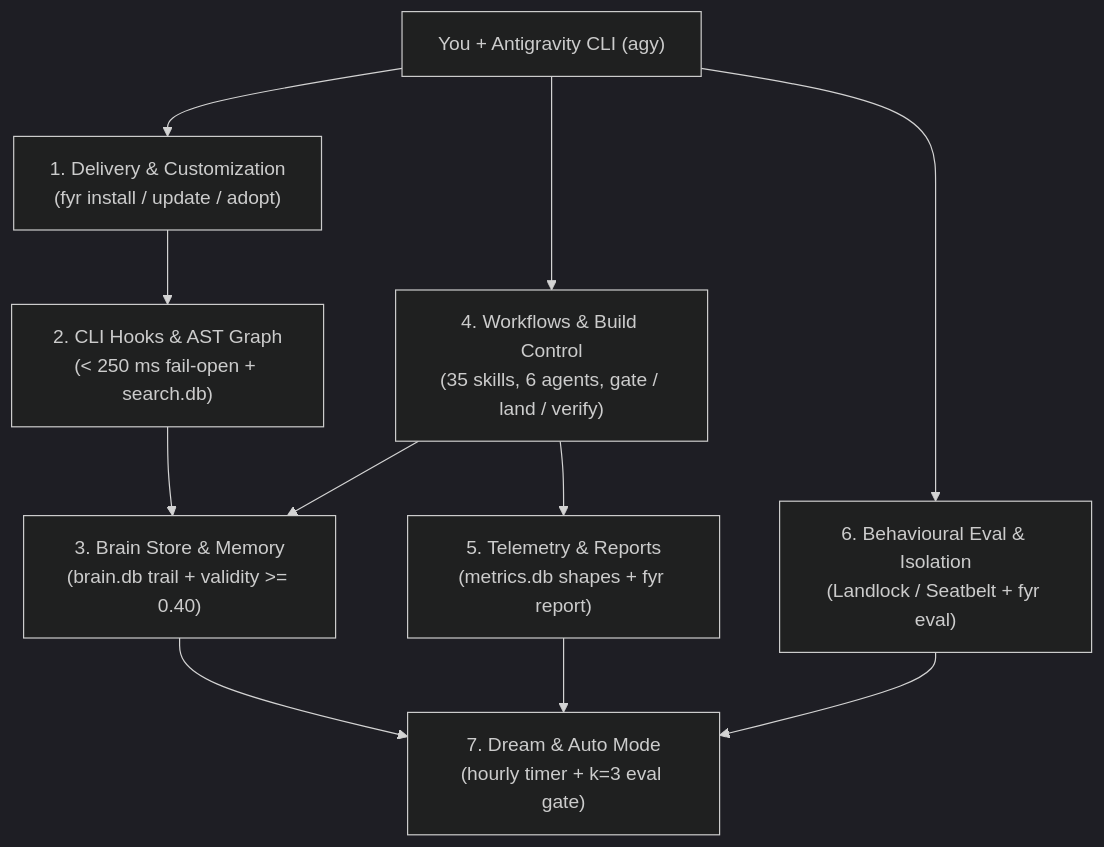
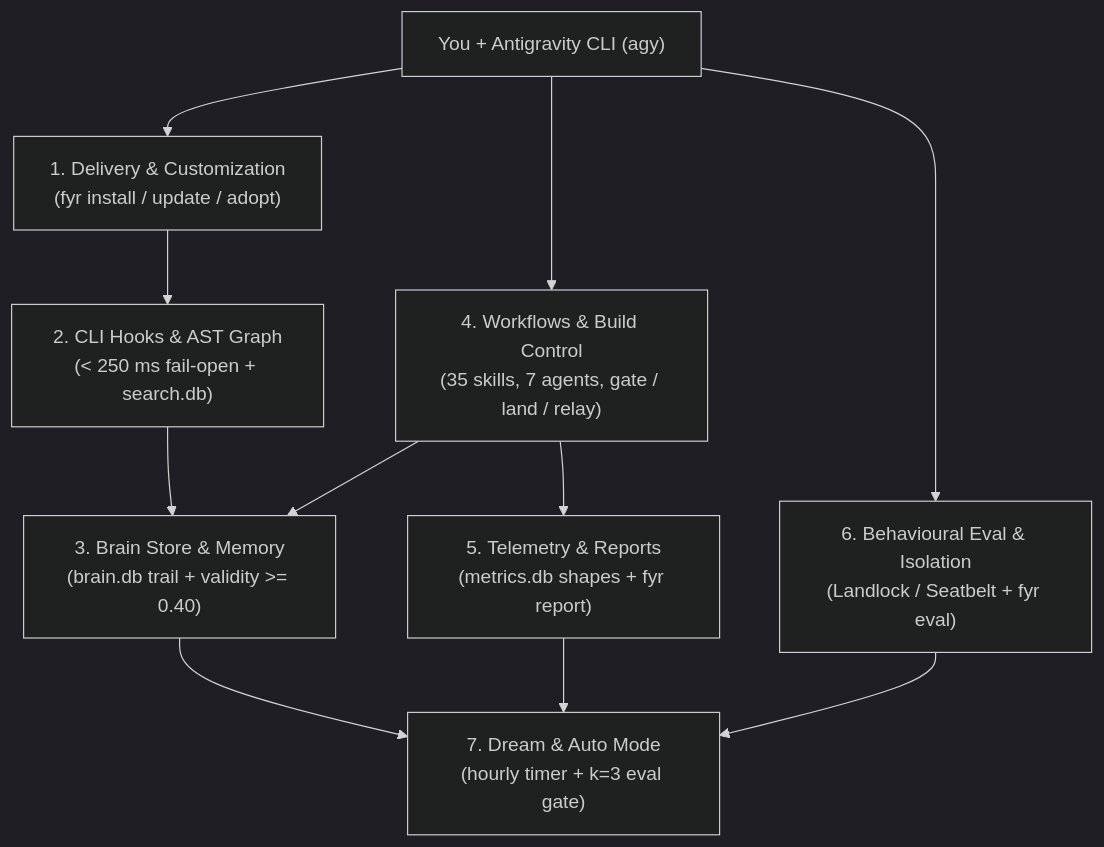
The first of 4 diagrams in README.md (kesokaj/fyr), drawn with Mermaid (dark theme) before and after one commit. The commit also changed other lines of this file and 10 other files, not shown here.

````diff
--- a/README.md
+++ b/README.md
@@ -21,13 +21,13 @@
 ```mermaid
 flowchart TB
     devEnv["You + Antigravity CLI (agy)"] --> delivery["1. Delivery & Customization\n(fyr install / update / adopt)"]
     delivery --> hooks["2. CLI Hooks & AST Graph\n(< 250 ms fail-open + search.db)"]
     hooks --> brain["3. Brain Store & Memory\n(brain.db trail + validity >= 0.40)"]
-    devEnv --> workflows["4. Workflows & Build Control\n(35 skills, 6 agents, gate / land / verify)"]
+    devEnv --> workflows["4. Workflows & Build Control\n(35 skills, 7 agents, gate / land / relay)"]
     workflows --> brain
     workflows --> metrics["5. Telemetry & Reports\n(metrics.db shapes + fyr report)"]
     devEnv --> evalIso["6. Behavioural Eval & Isolation\n(Landlock / Seatbelt + fyr eval)"]
     metrics --> dreamAuto["7. Dream & Auto Mode\n(hourly timer + k=3 eval gate)"]
     brain --> dreamAuto
     evalIso --> dreamAuto
 ```
````
